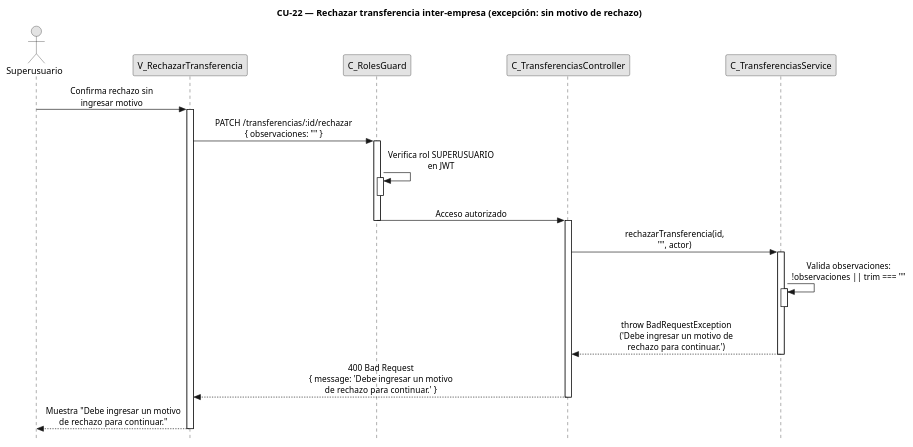
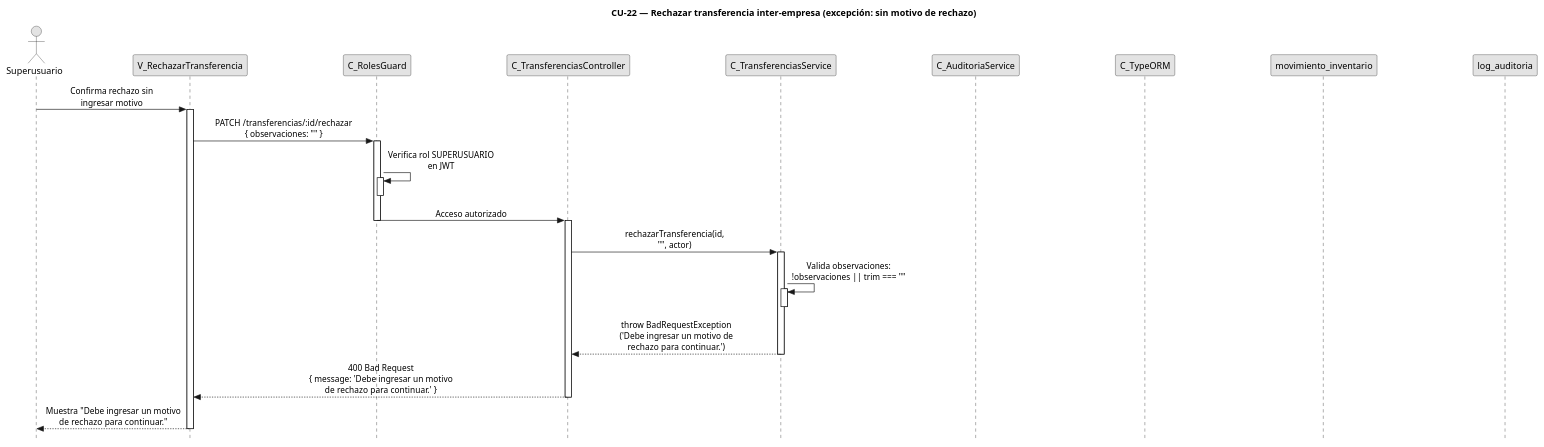
Before and after one commit to FSM-Finet-y-Cable-Magico/Team_1-Inventario-y-Bodega: the diagram in diagramas-secuencia/CU22/CU22-exc-sin-motivo.puml, drawn with PlantUML. The commit also changed 83 other files, not shown here.

Commit message:
fix diagramas segun criterio profesor

```diff
--- a/diagramas-secuencia/CU22/CU22-exc-sin-motivo.puml
+++ b/diagramas-secuencia/CU22/CU22-exc-sin-motivo.puml
@@ -1,53 +1,57 @@
 @startuml CU22-exc-sin-motivo
 title CU-22 — Rechazar transferencia inter-empresa (excepción: sin motivo de rechazo)
 
 skinparam style strictuml
 skinparam monochrome true
 skinparam shadowing false
 skinparam sequenceMessageAlign center
 skinparam ParticipantPadding 70
 skinparam ActorPadding 30
 skinparam sequence {
   MessageAlign center
   LifeLineBorderColor black
 }
 hide footbox
 
 actor "Superusuario" as user
 participant "V_RechazarTransferencia" as view
 participant "C_RolesGuard" as guard
 participant "C_TransferenciasController" as ctrl
 participant "C_TransferenciasService" as svc
+participant "C_AuditoriaService" as aud
+participant "C_TypeORM" as orm
+participant "movimiento_inventario" as ment
+participant "log_auditoria" as aent
 
 user -> view : Confirma rechazo sin\ningresar motivo
 activate view
 
 view -> guard : PATCH /transferencias/:id/rechazar\n{ observaciones: "" }
 activate guard
 
 guard -> guard : Verifica rol SUPERUSUARIO\nen JWT
 activate guard
 deactivate guard
 
 guard -> ctrl : Acceso autorizado
 deactivate guard
 
 activate ctrl
 
 ctrl -> svc : rechazarTransferencia(id,\n"", actor)
 activate svc
 
 svc -> svc : Valida observaciones:\n!observaciones || trim === ""
 activate svc
 deactivate svc
 
 svc --> ctrl : throw BadRequestException\n('Debe ingresar un motivo de\nrechazo para continuar.')
 deactivate svc
 
 ctrl --> view : 400 Bad Request\n{ message: 'Debe ingresar un motivo\nde rechazo para continuar.' }
 deactivate ctrl
 
 view --> user : Muestra "Debe ingresar un motivo\nde rechazo para continuar."
 deactivate view
 
 @enduml
```
